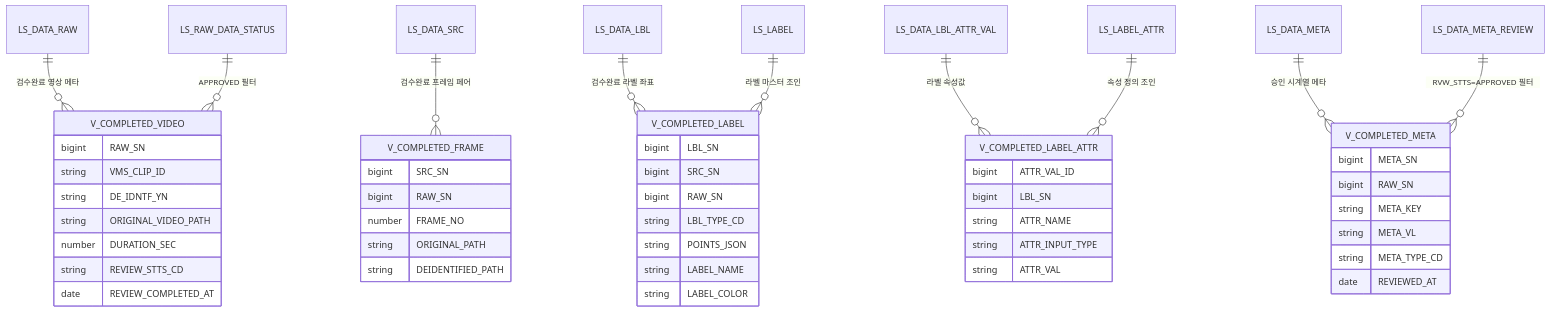
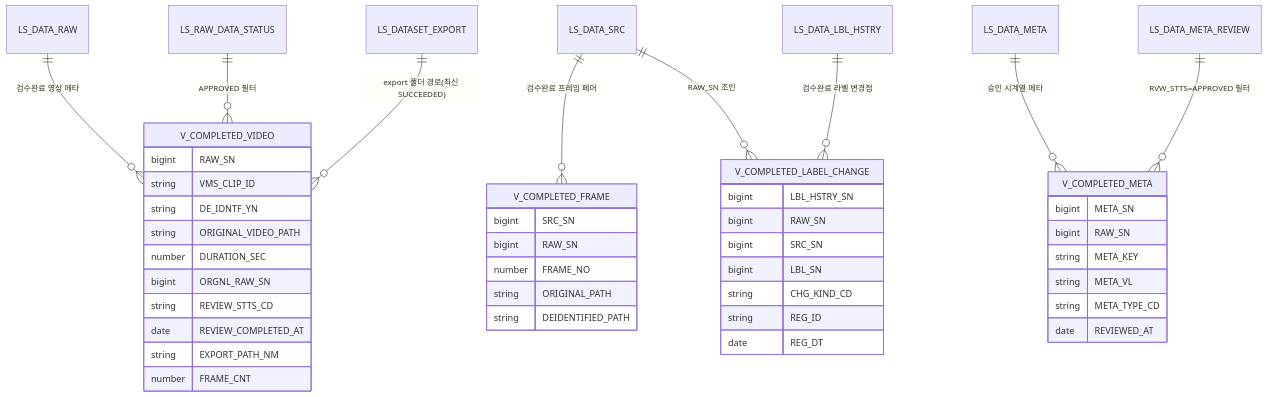
Before and after one commit to New-stella/klid-label: diagram 16 of 16 in docs/design-full/D8-엔티티관계모형설계서.md, drawn with Mermaid. The commit also changed other lines of this file and 22 other files, not shown here.

````diff
--- a/docs/design-full/D8-엔티티관계모형설계서.md
+++ b/docs/design-full/D8-엔티티관계모형설계서.md
@@ -487,52 +488,47 @@
 ```mermaid
 erDiagram
     LS_DATA_RAW ||--o{ V_COMPLETED_VIDEO : "검수완료 영상 메타"
     LS_RAW_DATA_STATUS ||--o{ V_COMPLETED_VIDEO : "APPROVED 필터"
     LS_DATA_SRC ||--o{ V_COMPLETED_FRAME : "검수완료 프레임 페어"
-    LS_DATA_LBL ||--o{ V_COMPLETED_LABEL : "검수완료 라벨 좌표"
-    LS_LABEL ||--o{ V_COMPLETED_LABEL : "라벨 마스터 조인"
-    LS_DATA_LBL_ATTR_VAL ||--o{ V_COMPLETED_LABEL_ATTR : "라벨 속성값"
-    LS_LABEL_ATTR ||--o{ V_COMPLETED_LABEL_ATTR : "속성 정의 조인"
+    LS_DATASET_EXPORT ||--o{ V_COMPLETED_VIDEO : "export 폴더 경로(최신 SUCCEEDED)"
+    LS_DATA_LBL_HSTRY ||--o{ V_COMPLETED_LABEL_CHANGE : "검수완료 라벨 변경점"
+    LS_DATA_SRC ||--o{ V_COMPLETED_LABEL_CHANGE : "RAW_SN 조인"
     LS_DATA_META ||--o{ V_COMPLETED_META : "승인 시계열 메타"
     LS_DATA_META_REVIEW ||--o{ V_COMPLETED_META : "RVW_STTS=APPROVED 필터"
     V_COMPLETED_VIDEO {
         bigint RAW_SN
         string VMS_CLIP_ID
         string DE_IDNTF_YN
         string ORIGINAL_VIDEO_PATH
         number DURATION_SEC
+        bigint ORGNL_RAW_SN
         string REVIEW_STTS_CD
         date REVIEW_COMPLETED_AT
+        string EXPORT_PATH_NM
+        number FRAME_CNT
     }
     V_COMPLETED_FRAME {
         bigint SRC_SN
         bigint RAW_SN
         number FRAME_NO
         string ORIGINAL_PATH
         string DEIDENTIFIED_PATH
     }
-    V_COMPLETED_LABEL {
+    V_COMPLETED_LABEL_CHANGE {
+        bigint LBL_HSTRY_SN
+        bigint RAW_SN
+        bigint SRC_SN
         bigint LBL_SN
-        bigint SRC_SN
-        bigint RAW_SN
-        string LBL_TYPE_CD
-        string POINTS_JSON
-        string LABEL_NAME
-        string LABEL_COLOR
-    }
-    V_COMPLETED_LABEL_ATTR {
-        bigint ATTR_VAL_ID
-        bigint LBL_SN
-        string ATTR_NAME
-        string ATTR_INPUT_TYPE
-        string ATTR_VAL
+        string CHG_KIND_CD
+        string REG_ID
+        date REG_DT
     }
     V_COMPLETED_META {
         bigint META_SN
         bigint RAW_SN
         string META_KEY
         string META_VL
         string META_TYPE_CD
         date REVIEWED_AT
     }
 ```
````
